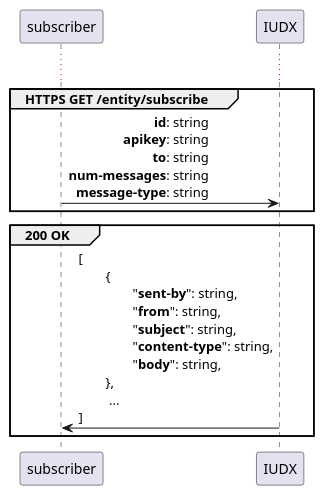
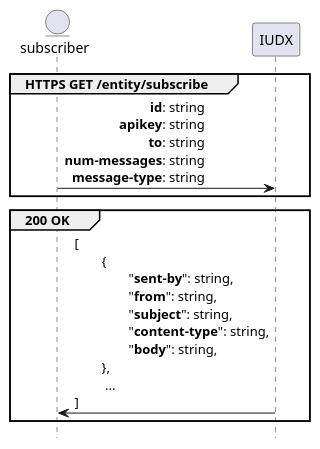
Before and after one commit to rbccps-iisc/corinthian: the diagram in DOCS/api/subscribe.plantuml, drawn with PlantUML. The commit also changed 3 other files, not shown here.

```diff
--- a/DOCS/api/subscribe.plantuml
+++ b/DOCS/api/subscribe.plantuml
@@ -1,9 +1,15 @@
-...
+@startuml
+hide footbox
+
+entity subscriber
+
 group HTTPS GET /entity/subscribe
 
 subscriber -> IUDX: **id**: string\r**apikey**: string\r**to**: string\r**num-messages**: string\r**message-type**: string
 end
 
 group 200 OK
 IUDX -> subscriber: [\l\t{\t\r\t\t"**sent-by**": string,\r\t\t"**from**": string,\r\t\t"**subject**": string,\r\t\t"**content-type**": string,\r\t\t"**body**": string,\r\t},\l\t ...\l]
 end
+
+@enduml
```
